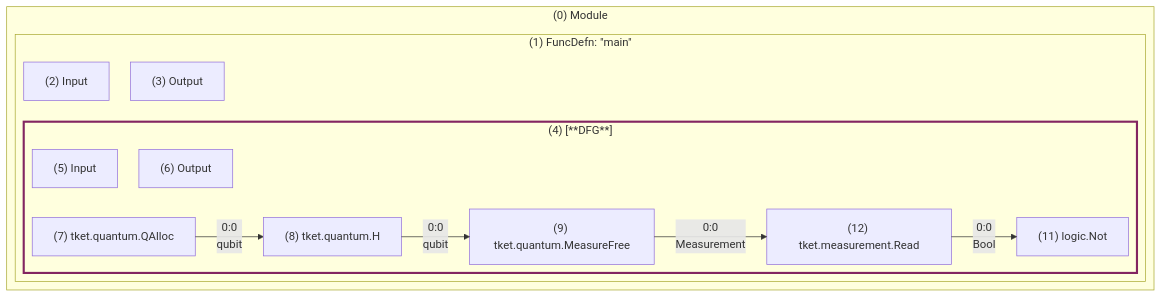
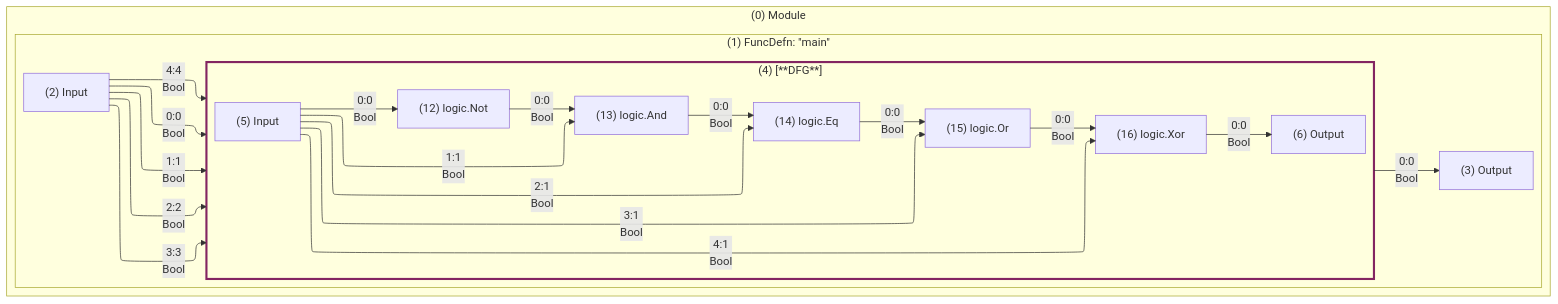
One commit to Quantinuum/tket2 changed the diagram in updated.mmd. Above: the diagram before and after it, drawn with Mermaid. The commit also changed 5 other files, not shown here.

```diff
--- a/updated.mmd
+++ b/updated.mmd
@@ -1,28 +1,40 @@
 ---
 config:
     layout: elk
 ---
 graph LR
     subgraph 0 ["(0) Module"]
         direction LR
         subgraph 1 ["(1) FuncDefn: #quot;main#quot;"]
             direction LR
             2["(2) Input"]
             3["(3) Output"]
             subgraph 4 ["(4) [**DFG**]"]
                 direction LR
                 style 4 stroke:#832561,stroke-width:3px
                 5["(5) Input"]
                 6["(6) Output"]
-                7["(7) tket.quantum.QAlloc"]
-                8["(8) tket.quantum.H"]
-                11["(11) logic.Not"]
-                9["(9) tket.quantum.MeasureFree"]
-                12["(12) tket.measurement.Read"]
-                7--"0:0<br>qubit"-->8
-                8--"0:0<br>qubit"-->9
-                9--"0:0<br>Measurement"-->12
-                12--"0:0<br>Bool"-->11
+                12["(12) logic.Not"]
+                13["(13) logic.And"]
+                14["(14) logic.Eq"]
+                15["(15) logic.Or"]
+                16["(16) logic.Xor"]
+                5--"0:0<br>Bool"-->12
+                5--"1:1<br>Bool"-->13
+                5--"2:1<br>Bool"-->14
+                5--"3:1<br>Bool"-->15
+                5--"4:1<br>Bool"-->16
+                12--"0:0<br>Bool"-->13
+                13--"0:0<br>Bool"-->14
+                14--"0:0<br>Bool"-->15
+                15--"0:0<br>Bool"-->16
+                16--"0:0<br>Bool"-->6
             end
+            2--"0:0<br>Bool"-->4
+            2--"1:1<br>Bool"-->4
+            2--"2:2<br>Bool"-->4
+            2--"3:3<br>Bool"-->4
+            2--"4:4<br>Bool"-->4
+            4--"0:0<br>Bool"-->3
         end
     end
```
